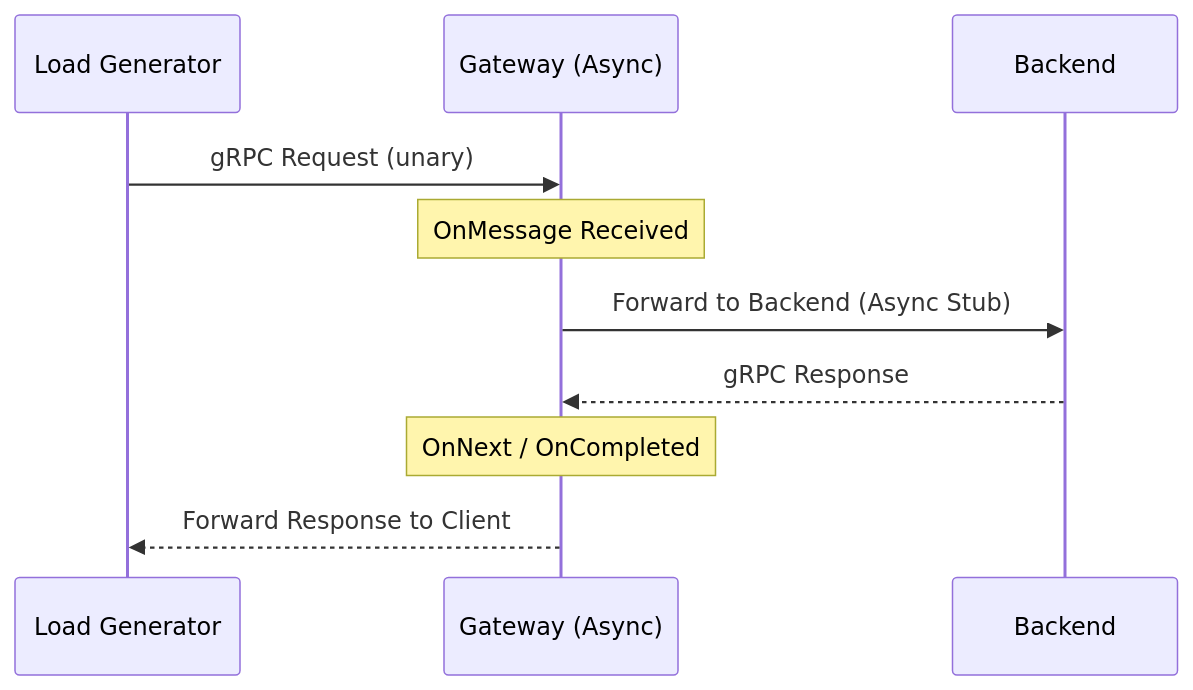
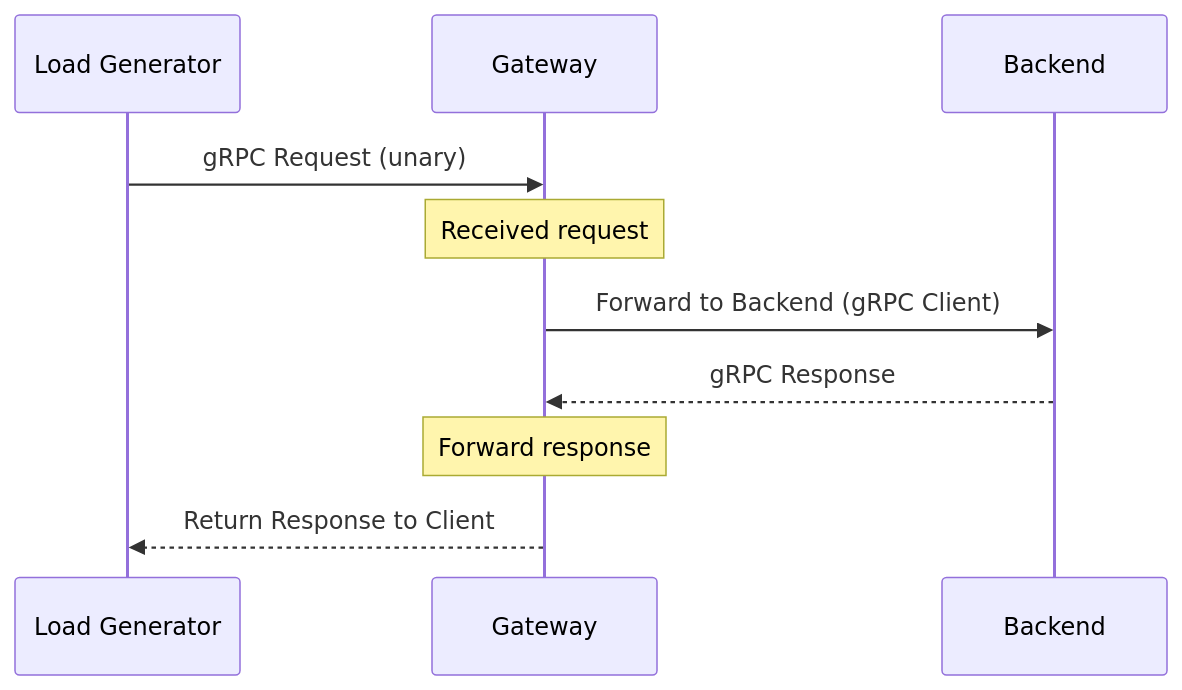
The diagram in docs/src/architecture/request-flow.md (null-pointer-sch/grpc-boundary-lab), drawn with Mermaid before and after one commit. The commit also changed other lines of this file and 5 other files, not shown here.

````diff
--- a/docs/src/architecture/request-flow.md
+++ b/docs/src/architecture/request-flow.md
@@ -7,13 +7,13 @@
 ```mermaid
 sequenceDiagram
     participant C as Load Generator
-    participant G as Gateway (Async)
+    participant G as Gateway
     participant B as Backend
 
     C->>G: gRPC Request (unary)
-    Note over G: OnMessage Received
-    G->>B: Forward to Backend (Async Stub)
+    Note over G: Received request
+    G->>B: Forward to Backend (gRPC Client)
     B-->>G: gRPC Response
-    Note over G: OnNext / OnCompleted
-    G-->>C: Forward Response to Client
+    Note over G: Forward response
+    G-->>C: Return Response to Client
 ```
````
